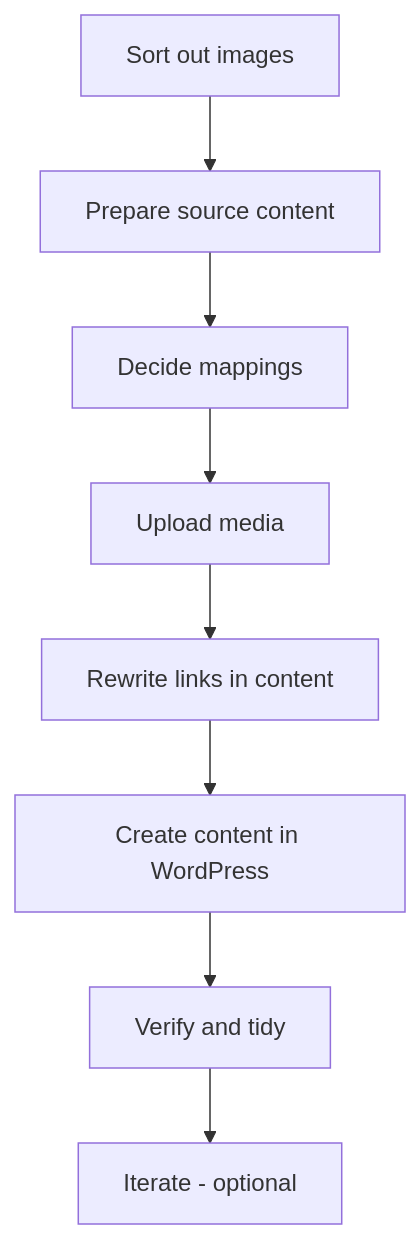
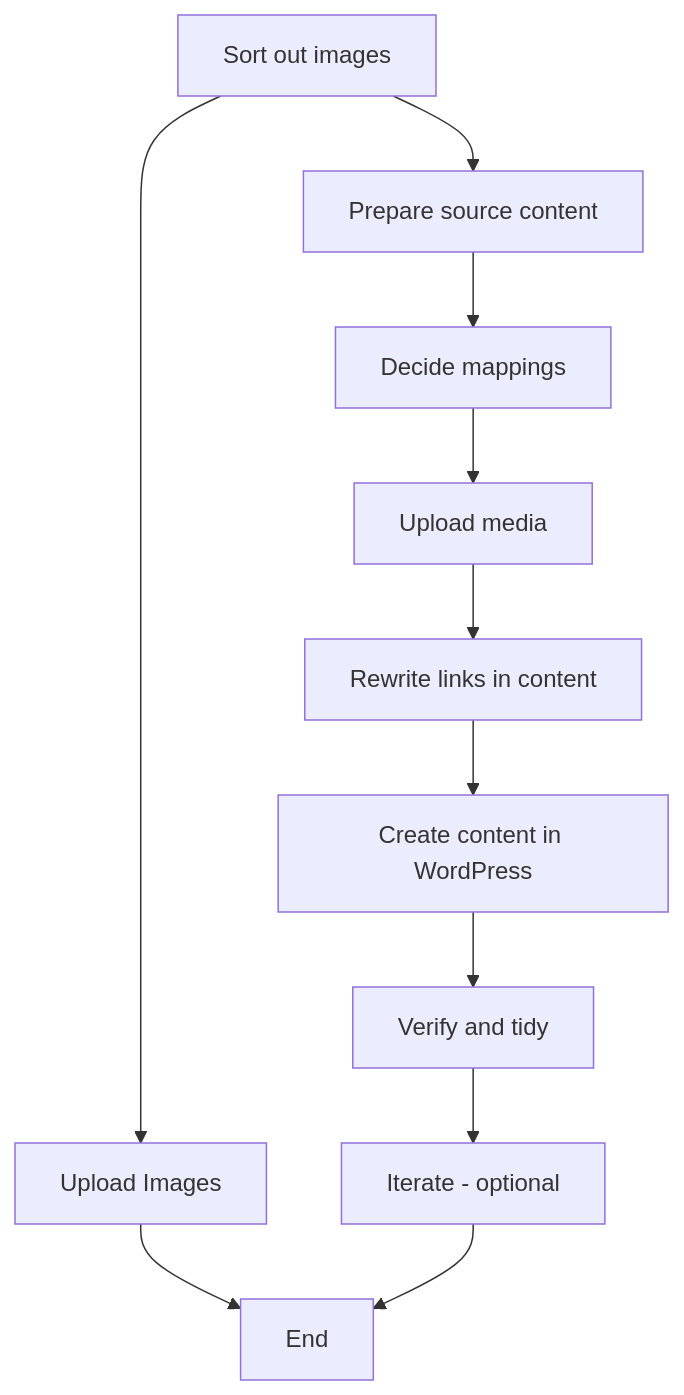
The diagram in DESIGN.md (life-itself/markdown-to-wordpress), drawn with Mermaid before and after one commit. The commit also changed other lines of this file, not shown here.

````diff
--- a/DESIGN.md
+++ b/DESIGN.md
@@ -37,10 +37,13 @@
 ```mermaid
 graph TD
     A[Sort out images] --> B[Prepare source content]
+    A --> A2[Upload Images]
     B --> C[Decide mappings]
     C --> D[Upload media]
     D --> E[Rewrite links in content]
     E --> F[Create content in WordPress]
     F --> G[Verify and tidy]
     G --> H[Iterate - optional]
+    A2 --> End
+    H --> End
 ```
````
